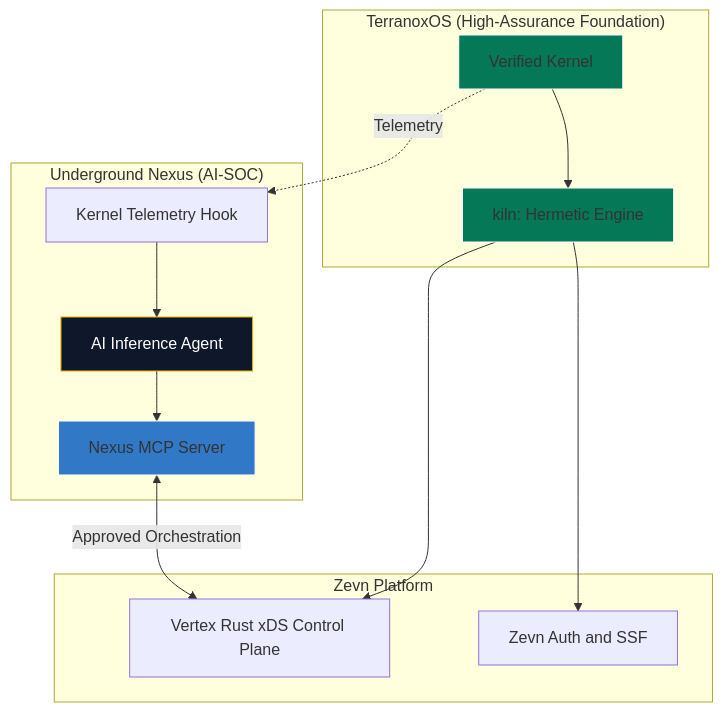
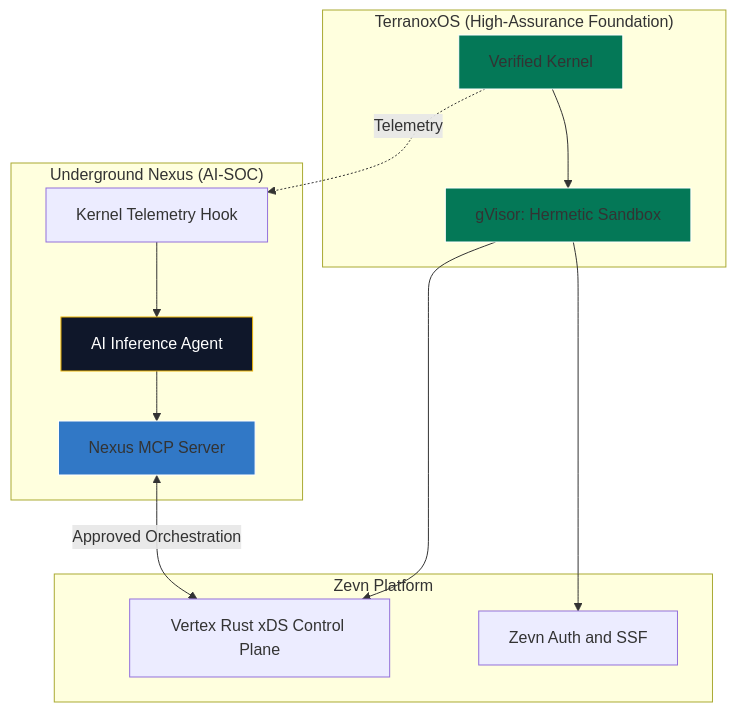
One commit to acald-creator/core-nexus changed the second of 2 diagrams in docs/architecture/03-phased-implementation-roadmap.md. Above: the diagram before and after it, drawn with Mermaid. The commit also changed other lines of this file and 8 other files, not shown here.

Commit message:
docs: pivot phase 2 architecture from custom kiln engine to gVisor runsc

````diff
--- a/docs/architecture/03-phased-implementation-roadmap.md
+++ b/docs/architecture/03-phased-implementation-roadmap.md
@@ -135,30 +135,30 @@
 ```mermaid
 graph TD
     subgraph "TerranoxOS (High-Assurance Foundation)"
         A[Verified Kernel]
-        B[kiln: Hermetic Engine]
+        B[gVisor: Hermetic Sandbox]
         A --> B
     end
 
     subgraph "Zevn Platform"
         C[Vertex Rust xDS Control Plane]
         D[Zevn Auth and SSF]
         B --> C
         B --> D
     end
 
     subgraph "Underground Nexus (AI-SOC)"
         E[AI Inference Agent]
         F[Kernel Telemetry Hook]
         G[Nexus MCP Server]
         A -.->|Telemetry| F
         F --> E
         E --> G
         G <-->|Approved Orchestration| C
     end
 
     style A fill:#047857,stroke:#fff
     style B fill:#047857,stroke:#fff
     style E fill:#0f172a,stroke:#eab308,color:#fff
     style G fill:#3178c6,stroke:#fff
 ```
````
